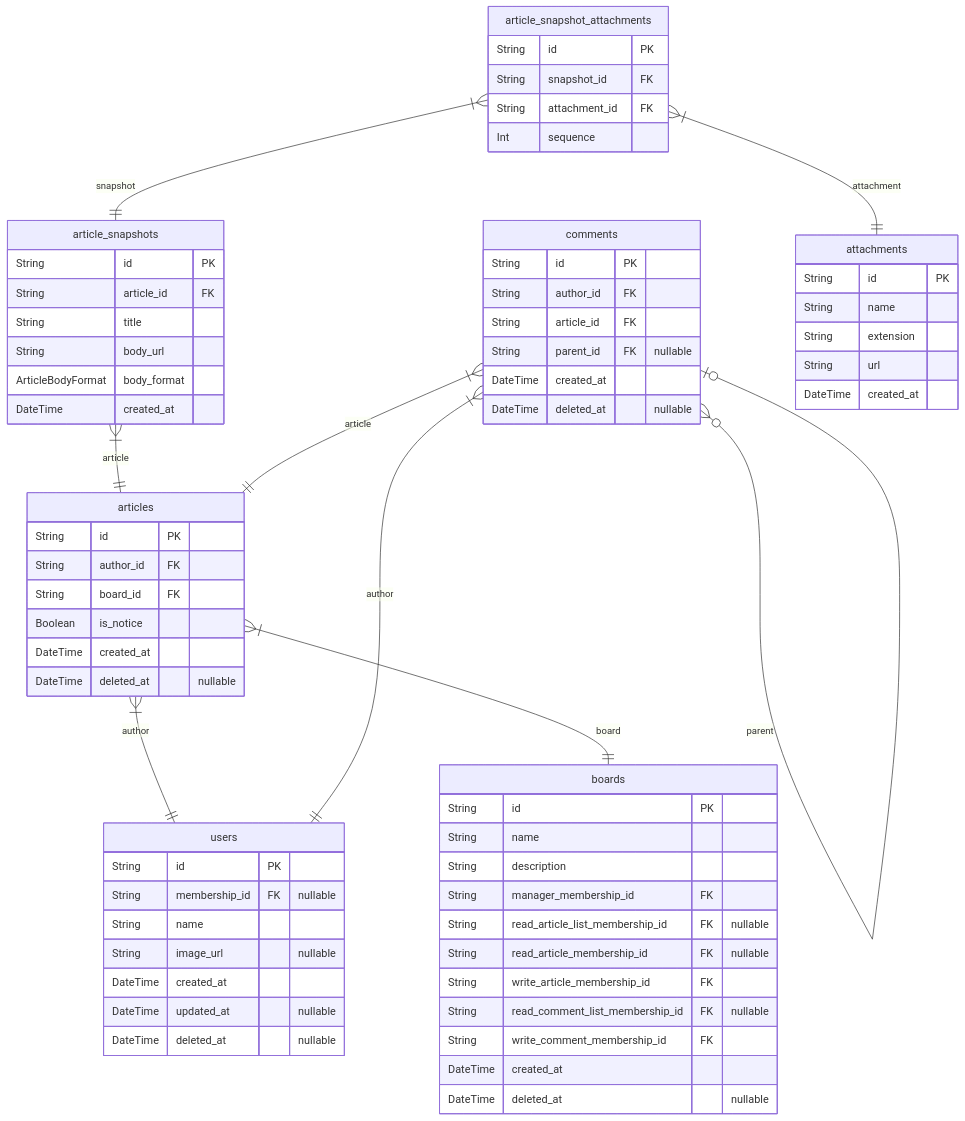
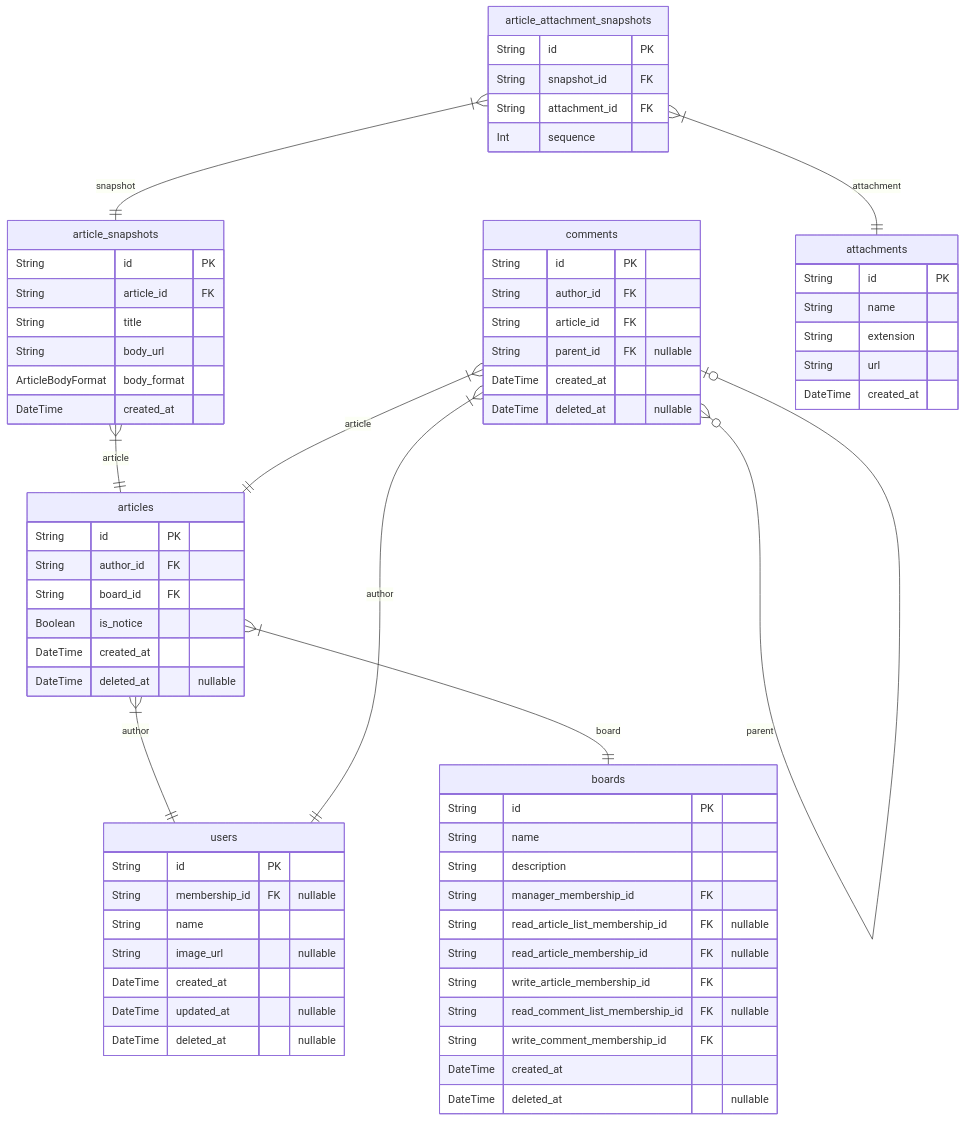
One commit to rojiwon123/bbs changed the fourth of 5 diagrams in ERD.md. Above: the diagram before and after it, drawn with Mermaid. The commit also changed other lines of this file and 27 other files, not shown here.

````diff
--- a/ERD.md
+++ b/ERD.md
@@ -684,70 +688,70 @@
 ```mermaid
 erDiagram
 articles {
     String id PK
     String author_id FK
     String board_id FK
     Boolean is_notice
     DateTime created_at
     DateTime deleted_at "nullable"
 }
 article_snapshots {
     String id PK
     String article_id FK
     String title
     String body_url
     ArticleBodyFormat body_format
     DateTime created_at
 }
-article_snapshot_attachments {
+article_attachment_snapshots {
     String id PK
     String snapshot_id FK
     String attachment_id FK
     Int sequence
 }
 boards {
     String id PK
     String name
     String description
     String manager_membership_id FK
     String read_article_list_membership_id FK "nullable"
     String read_article_membership_id FK "nullable"
     String write_article_membership_id FK
     String read_comment_list_membership_id FK "nullable"
     String write_comment_membership_id FK
     DateTime created_at
     DateTime deleted_at "nullable"
 }
 comments {
     String id PK
     String author_id FK
     String article_id FK
     String parent_id FK "nullable"
     DateTime created_at
     DateTime deleted_at "nullable"
 }
 attachments {
     String id PK
     String name
     String extension
     String url
     DateTime created_at
 }
 users {
     String id PK
     String membership_id FK "nullable"
     String name
     String image_url "nullable"
     DateTime created_at
     DateTime updated_at "nullable"
     DateTime deleted_at "nullable"
 }
 articles }|--|| users : author
 articles }|--|| boards : board
 article_snapshots }|--|| articles : article
-article_snapshot_attachments }|--|| article_snapshots : snapshot
-article_snapshot_attachments }|--|| attachments : attachment
+article_attachment_snapshots }|--|| article_snapshots : snapshot
+article_attachment_snapshots }|--|| attachments : attachment
 comments }|--|| users : author
 comments }|--|| articles : article
 comments }o--o| comments : parent
 ```
````
